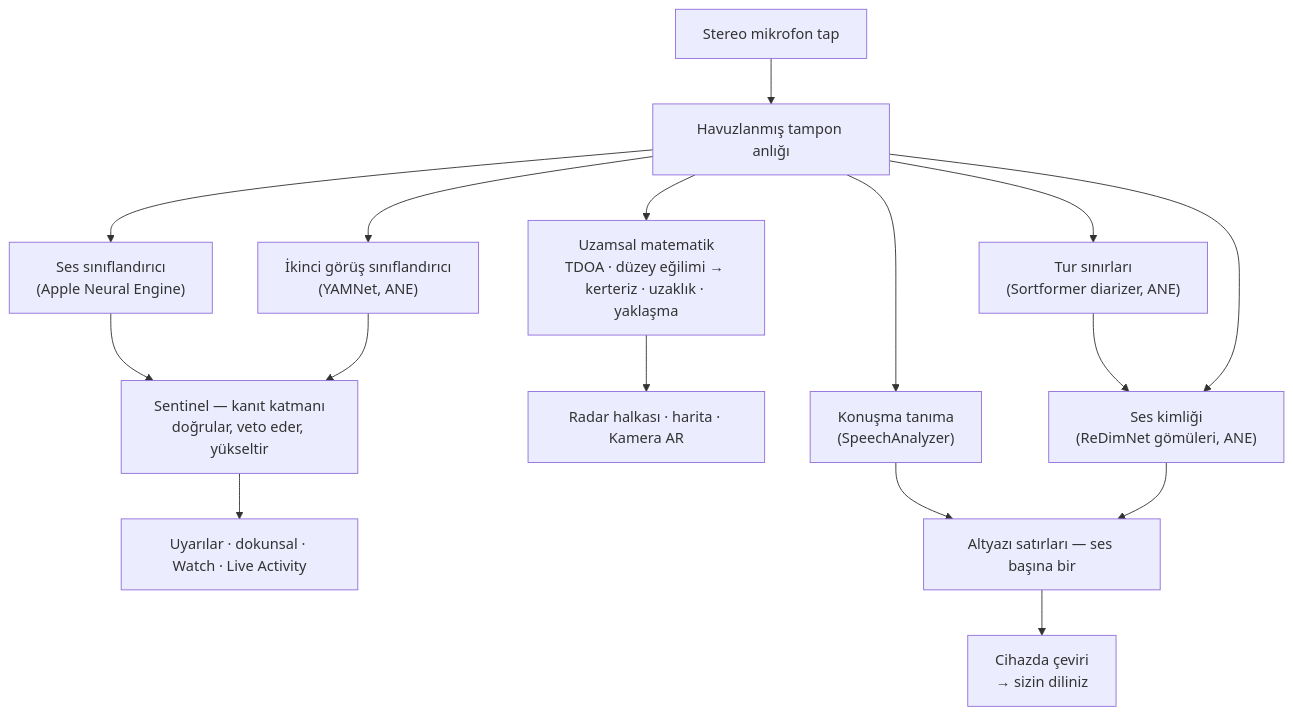
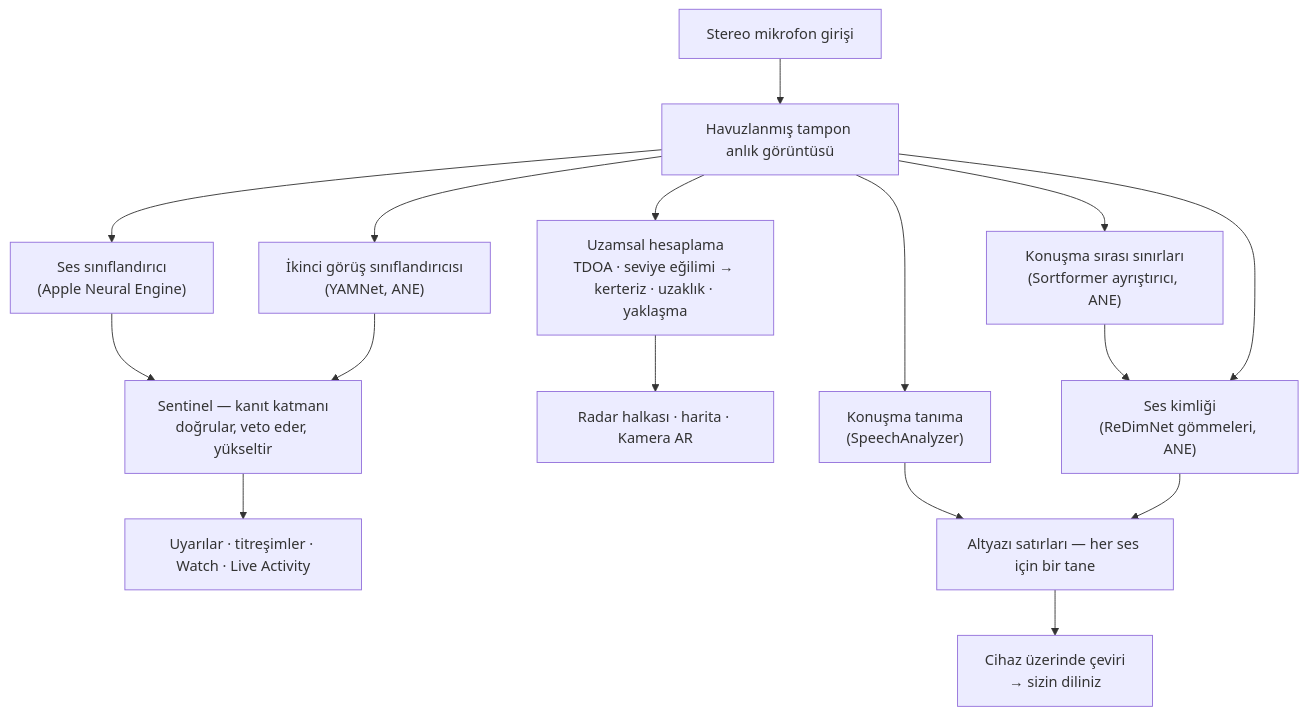
The second of 4 diagrams in README_tr.md (rpalm01-star/VigilantEarLegal), drawn with Mermaid before and after one commit. The commit also changed other lines of this file and 29 other files, not shown here.

````diff
--- a/README_tr.md
+++ b/README_tr.md
@@ -132,18 +134,18 @@
 ```mermaid
 graph TD
-    A["Stereo mikrofon tap"] --> B["Havuzlanmış tampon anlığı"]
+    A["Stereo mikrofon girişi"] --> B["Havuzlanmış tampon anlık görüntüsü"]
     B --> C["Ses sınıflandırıcı<br/>(Apple Neural Engine)"]
-    B --> Y["İkinci görüş sınıflandırıcı<br/>(YAMNet, ANE)"]
+    B --> Y["İkinci görüş sınıflandırıcısı<br/>(YAMNet, ANE)"]
     C --> S["Sentinel — kanıt katmanı<br/>doğrular, veto eder, yükseltir"]
     Y --> S
-    S --> H["Uyarılar · dokunsal · Watch · Live Activity"]
-    B --> D["Uzamsal matematik<br/>TDOA · düzey eğilimi → kerteriz · uzaklık · yaklaşma"]
+    S --> H["Uyarılar · titreşimler · Watch · Live Activity"]
+    B --> D["Uzamsal hesaplama<br/>TDOA · seviye eğilimi → kerteriz · uzaklık · yaklaşma"]
     D --> R["Radar halkası · harita · Kamera AR"]
     B --> F["Konuşma tanıma<br/>(SpeechAnalyzer)"]
-    B --> N["Tur sınırları<br/>(Sortformer diarizer, ANE)"]
-    N --> E["Ses kimliği<br/>(ReDimNet gömüleri, ANE)"]
+    B --> N["Konuşma sırası sınırları<br/>(Sortformer ayrıştırıcı, ANE)"]
+    N --> E["Ses kimliği<br/>(ReDimNet gömmeleri, ANE)"]
     B --> E
-    F --> G["Altyazı satırları — ses başına bir"]
+    F --> G["Altyazı satırları — her ses için bir tane"]
     E --> G
-    G --> T["Cihazda çeviri<br/>→ sizin diliniz"]
+    G --> T["Cihaz üzerinde çeviri<br/>→ sizin diliniz"]
 ```
````
